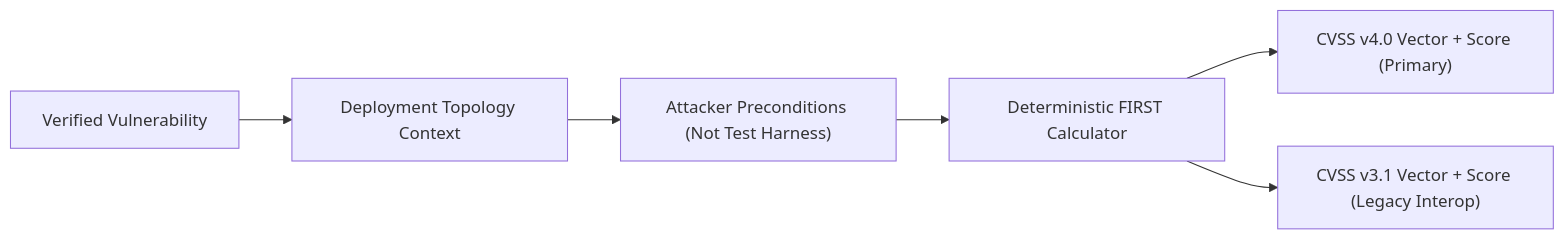
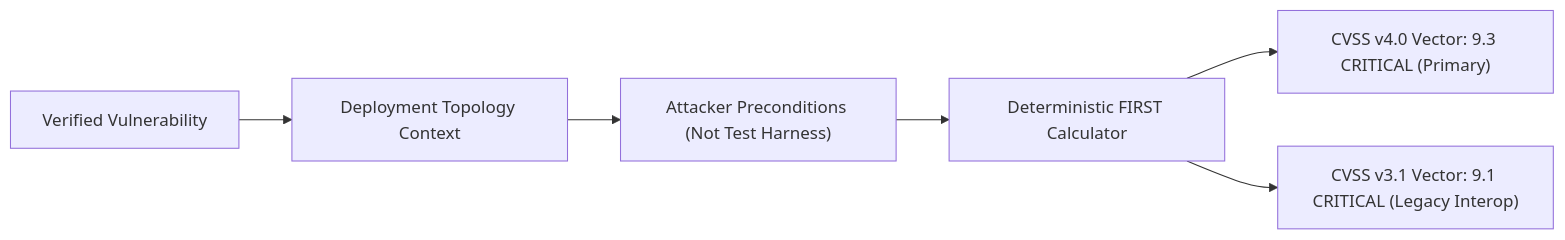
Before and after one commit to vyas-1234/aiarchitect-vault: the second of 2 diagrams in blueprints/cloudflare_security_audit_blueprint.md, drawn with Mermaid. The commit also changed other lines of this file, not shown here.

````diff
--- a/blueprints/cloudflare_security_audit_blueprint.md
+++ b/blueprints/cloudflare_security_audit_blueprint.md
@@ -234,8 +259,8 @@
 ```mermaid
 flowchart LR
     Vunl["Verified Vulnerability"] --> Context["Deployment Topology Context"]
     Context --> Attacker["Attacker Preconditions (Not Test Harness)"]
     Attacker --> MetricCalc["Deterministic FIRST Calculator"]
-    MetricCalc --> V4["CVSS v4.0 Vector + Score (Primary)"]
-    MetricCalc --> V3["CVSS v3.1 Vector + Score (Legacy Interop)"]
+    MetricCalc --> V4["CVSS v4.0 Vector: 9.3 CRITICAL (Primary)"]
+    MetricCalc --> V3["CVSS v3.1 Vector: 9.1 CRITICAL (Legacy Interop)"]
 ```
````
